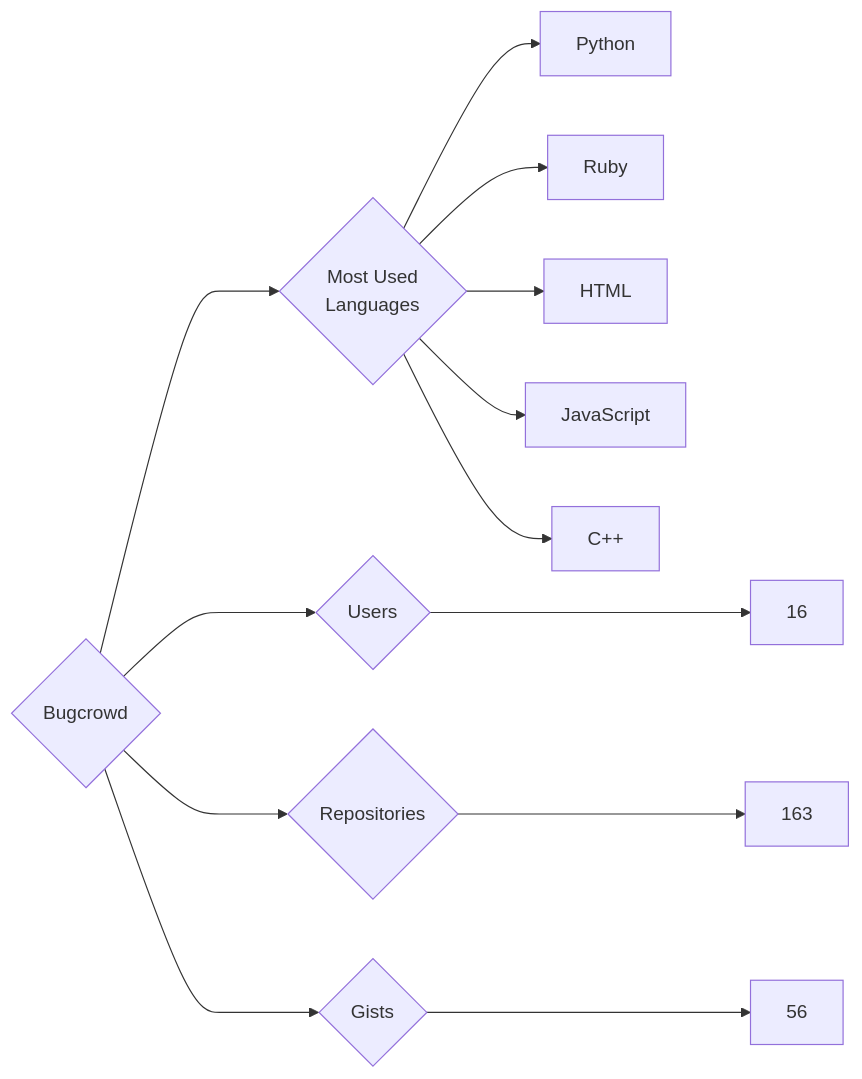
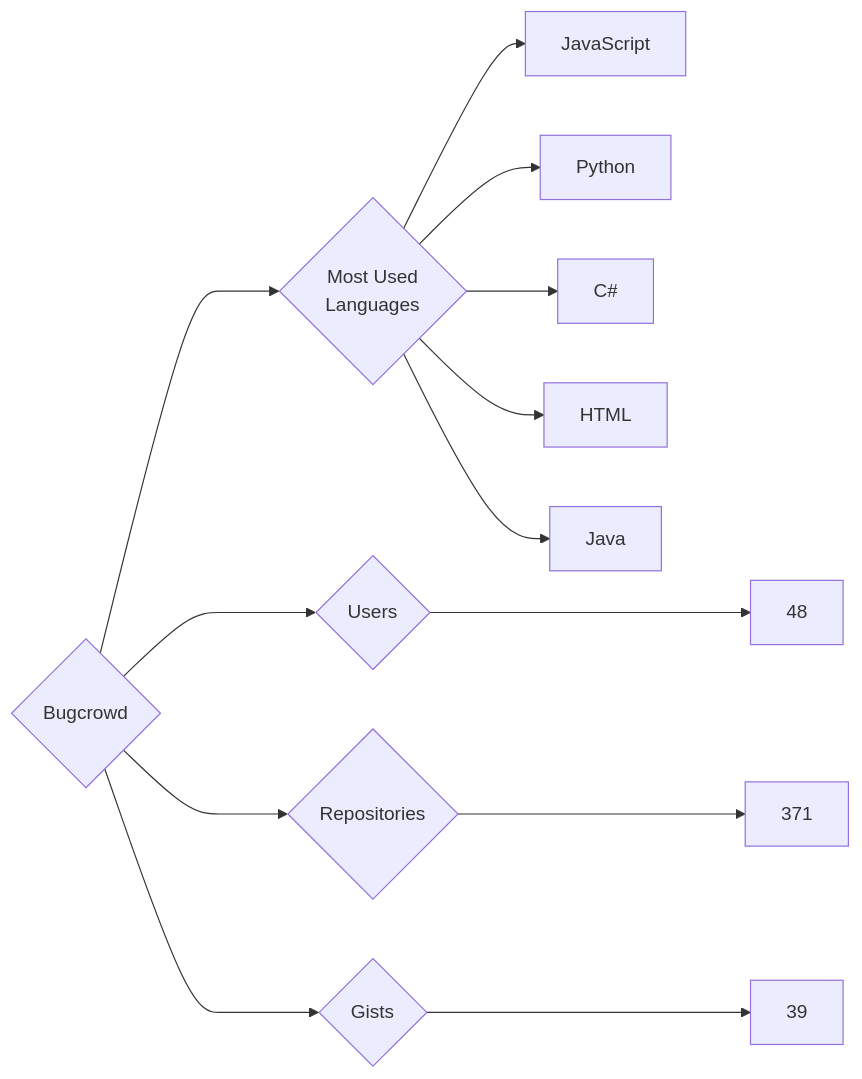
One commit to trickest/insiders changed the diagram in targets/Bugcrowd/README.md. Above: the diagram before and after it, drawn with Mermaid. The commit also changed 594 other files, not shown here.

````diff
--- a/targets/Bugcrowd/README.md
+++ b/targets/Bugcrowd/README.md
@@ -3,13 +3,13 @@
 ```mermaid
 graph LR
 COMPANY_NAME{Bugcrowd}
-COMPANY_NAME ---> U{Users} ---> UN[16]
-COMPANY_NAME ---> R{Repositories} ---> RN[163]
-COMPANY_NAME ---> G{Gists} ---> GN[56]
+COMPANY_NAME ---> U{Users} ---> UN[48]
+COMPANY_NAME ---> R{Repositories} ---> RN[371]
+COMPANY_NAME ---> G{Gists} ---> GN[39]
 COMPANY_NAME ---> ML{Most Used<br>Languages}
+ML --> JavaScript[JavaScript]
 ML --> Python[Python]
-ML --> Ruby[Ruby]
+ML --> C#[C#]
 ML --> HTML[HTML]
-ML --> JavaScript[JavaScript]
-ML --> C++[C++]
+ML --> Java[Java]
 ```
````
